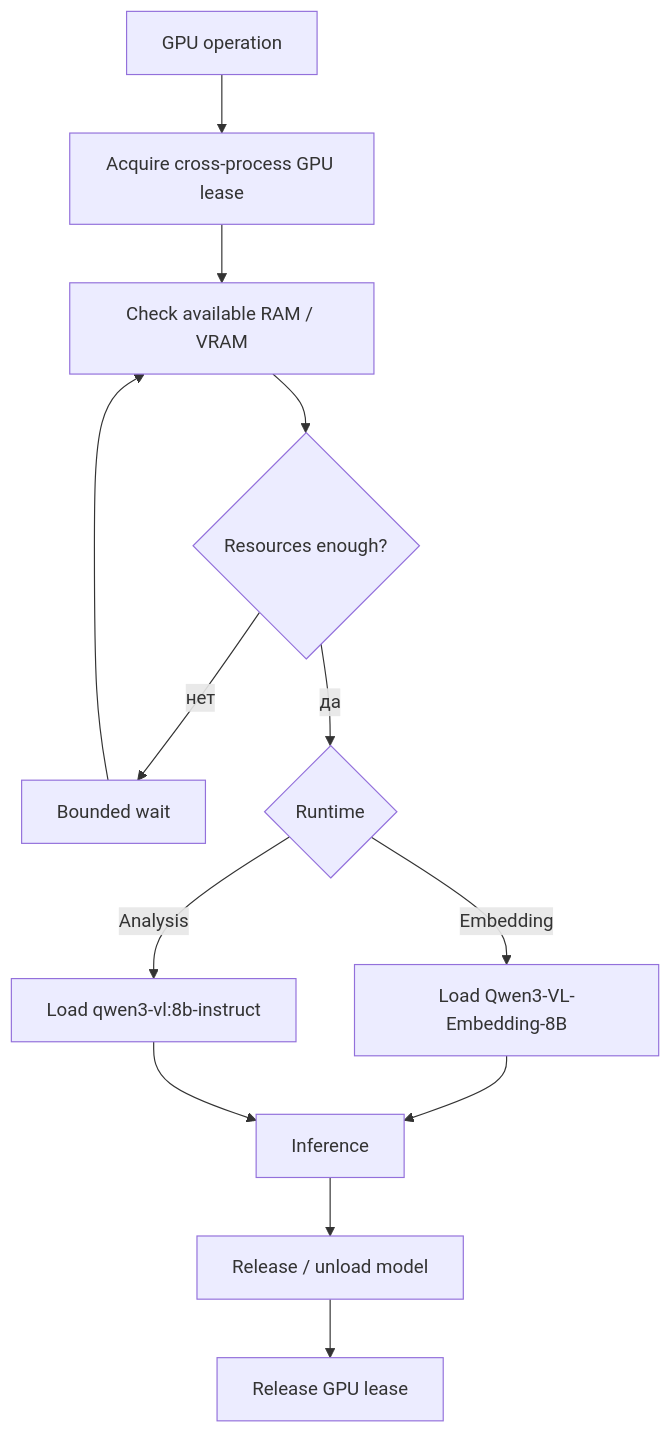
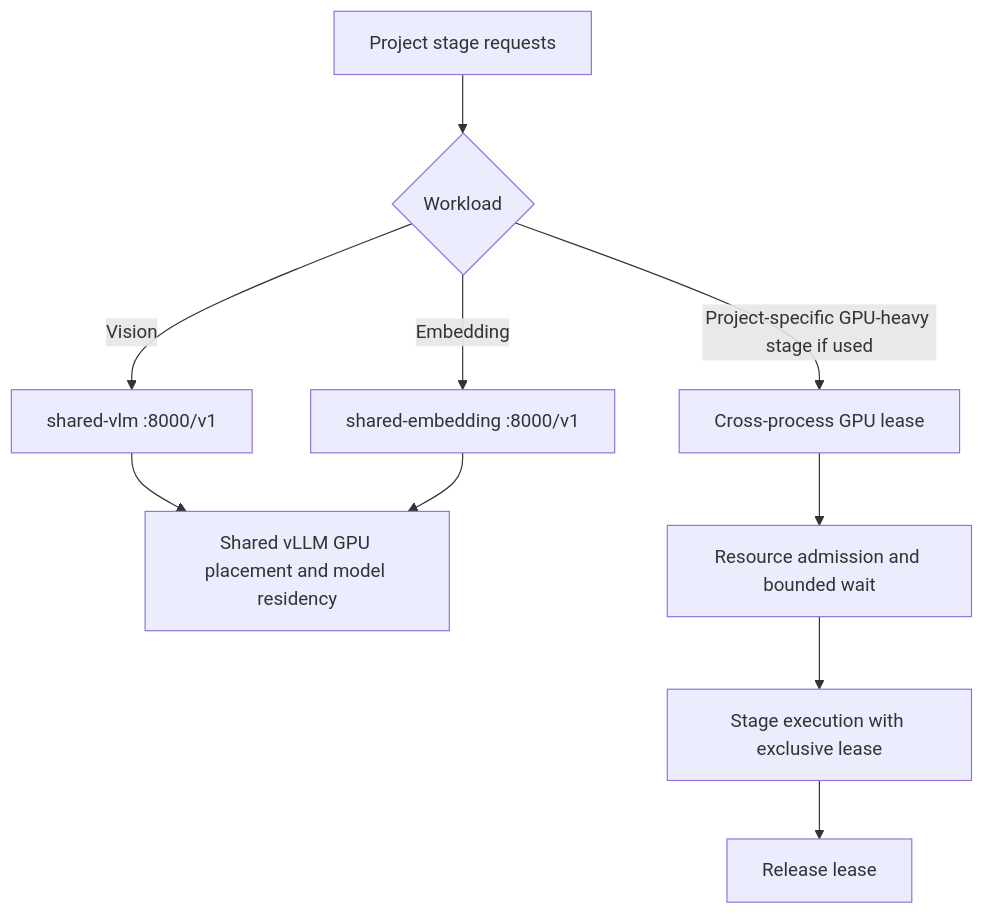
Before and after one commit to Amadu-A/PDRD-validation: the fifth of 15 diagrams in README.md, drawn with Mermaid. The commit also changed other lines of this file and 1 other file, not shown here.

````diff
--- a/README.md
+++ b/README.md
@@ -274,18 +266,12 @@
 ```mermaid
 flowchart TD
-    REQ["GPU operation"] --> LOCK["Acquire cross-process GPU lease"]
-    LOCK --> ADMISSION["Check available RAM / VRAM"]
-    ADMISSION --> ENOUGH{"Resources enough?"}
-
-    ENOUGH -->|нет| WAIT["Bounded wait"]
-    WAIT --> ADMISSION
-
-    ENOUGH -->|да| LOAD{"Runtime"}
-    LOAD -->|Embedding| EMB["Load Qwen3-VL-Embedding-8B"]
-    LOAD -->|Analysis| VLM["Load qwen3-vl:8b-instruct"]
-
-    EMB --> INF["Inference"]
-    VLM --> INF
-    INF --> UNLOAD["Release / unload model"]
-    UNLOAD --> FREE["Release GPU lease"]
+    Q["Project stage requests"] --> SERVICE{"Workload"}
+    SERVICE -->|Vision| V["shared-vlm :8000/v1"]
+    SERVICE -->|Embedding| E["shared-embedding :8000/v1"]
+    V --> CONFIG["Shared vLLM GPU placement and model residency"]
+    E --> CONFIG
+    SERVICE -->|Project-specific GPU-heavy stage if used| LEASE["Cross-process GPU lease"]
+    LEASE --> WAIT["Resource admission and bounded wait"]
+    WAIT --> WORK["Stage execution with exclusive lease"]
+    WORK --> RELEASE["Release lease"]
 ```
````
